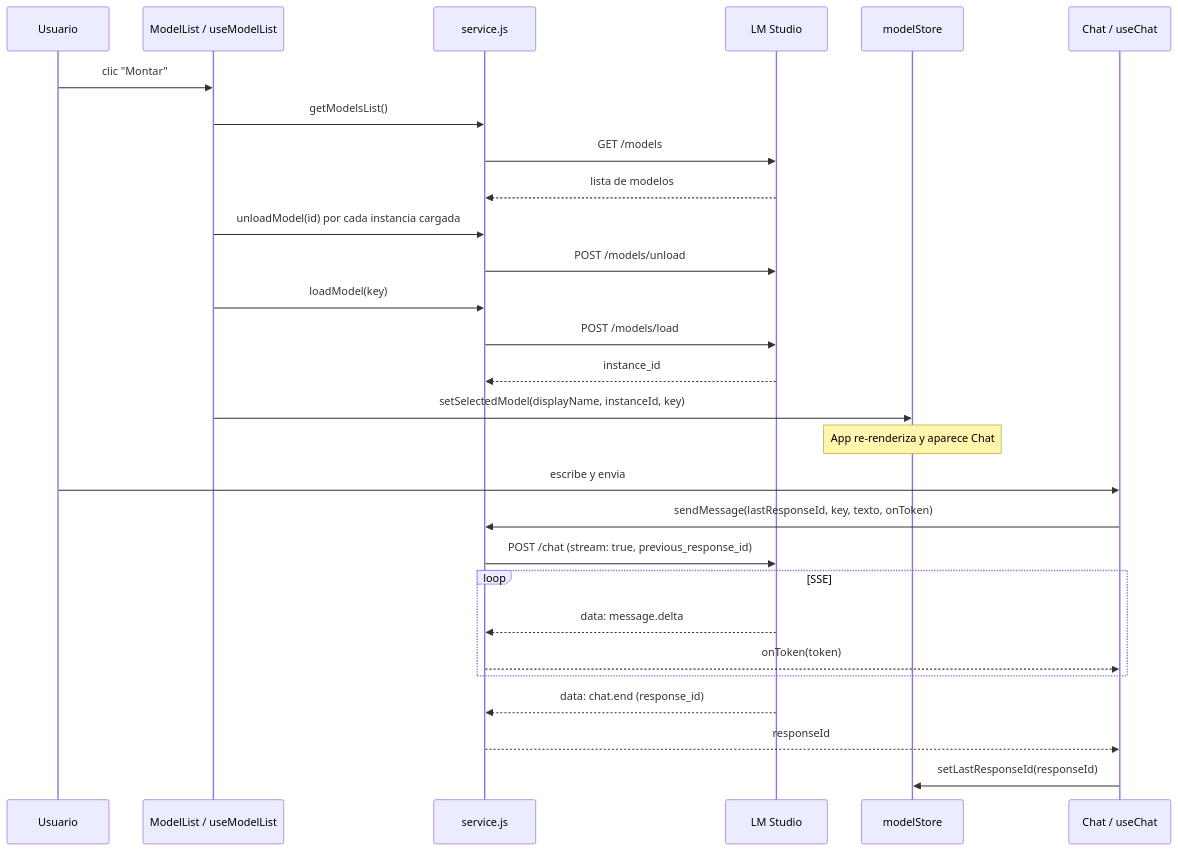
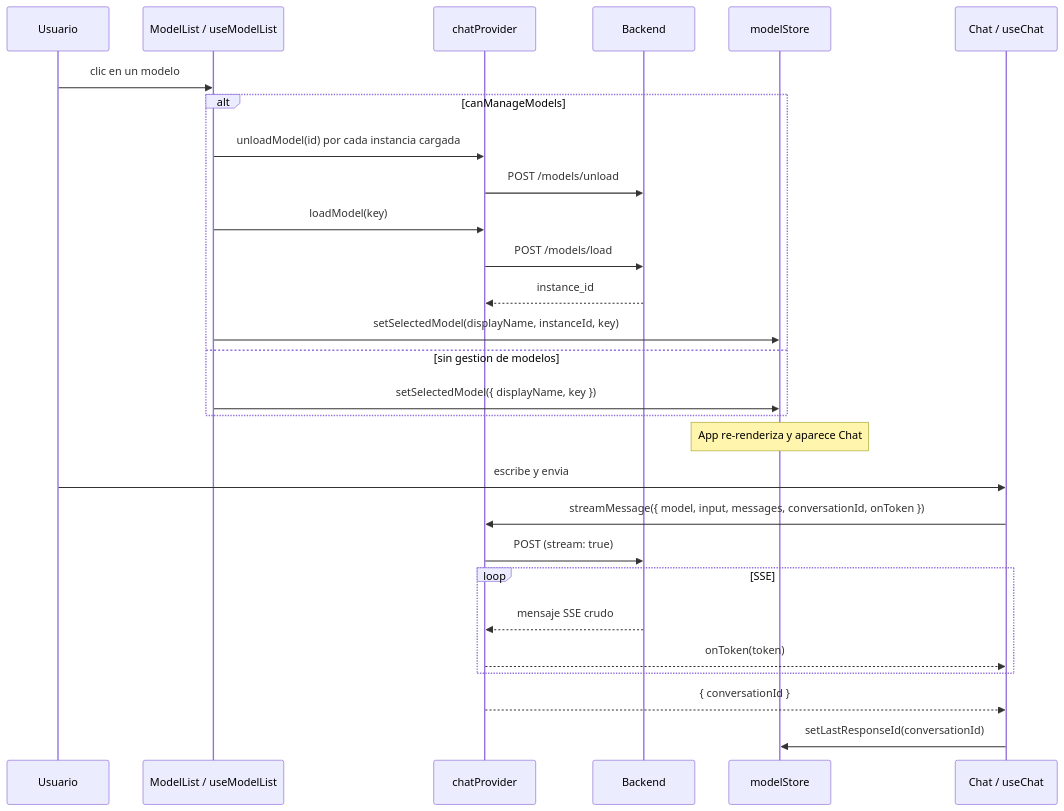
Before and after one commit to gaston38kpo/mini-chat-ia: the second of 2 diagrams in docs/arquitectura.md, drawn with Mermaid. The commit also changed other lines of this file and 4 other files, not shown here.

First line of the commit message:
docs: document the pluggable provider architecture

````diff
--- a/docs/arquitectura.md
+++ b/docs/arquitectura.md
@@ -34,32 +95,32 @@
 ```mermaid
 sequenceDiagram
     participant U as Usuario
     participant ML as ModelList / useModelList
-    participant S as service.js
-    participant API as LM Studio
+    participant P as chatProvider
+    participant API as Backend
     participant Z as modelStore
     participant C as Chat / useChat
 
-    U->>ML: clic "Montar"
-    ML->>S: getModelsList()
-    S->>API: GET /models
-    API-->>S: lista de modelos
-    ML->>S: unloadModel(id) por cada instancia cargada
-    S->>API: POST /models/unload
-    ML->>S: loadModel(key)
-    S->>API: POST /models/load
-    API-->>S: instance_id
-    ML->>Z: setSelectedModel(displayName, instanceId, key)
+    U->>ML: clic en un modelo
+    alt canManageModels
+        ML->>P: unloadModel(id) por cada instancia cargada
+        P->>API: POST /models/unload
+        ML->>P: loadModel(key)
+        P->>API: POST /models/load
+        API-->>P: instance_id
+        ML->>Z: setSelectedModel(displayName, instanceId, key)
+    else sin gestion de modelos
+        ML->>Z: setSelectedModel({ displayName, key })
+    end
     Note over Z: App re-renderiza y aparece Chat
 
     U->>C: escribe y envia
-    C->>S: sendMessage(lastResponseId, key, texto, onToken)
-    S->>API: POST /chat (stream: true, previous_response_id)
+    C->>P: streamMessage({ model, input, messages, conversationId, onToken })
+    P->>API: POST (stream: true)
     loop SSE
-        API-->>S: data: message.delta
-        S-->>C: onToken(token)
+        API-->>P: mensaje SSE crudo
+        P-->>C: onToken(token)
     end
-    API-->>S: data: chat.end (response_id)
-    S-->>C: responseId
-    C->>Z: setLastResponseId(responseId)
+    P-->>C: { conversationId }
+    C->>Z: setLastResponseId(conversationId)
 ```
````
